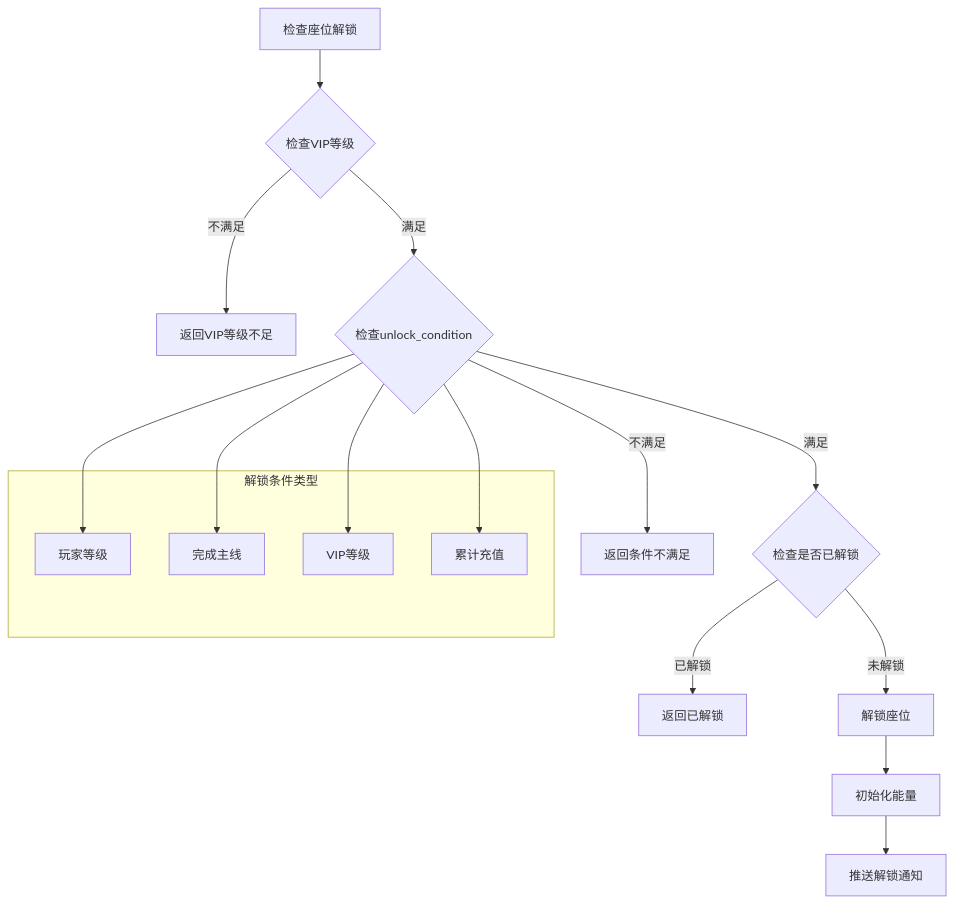
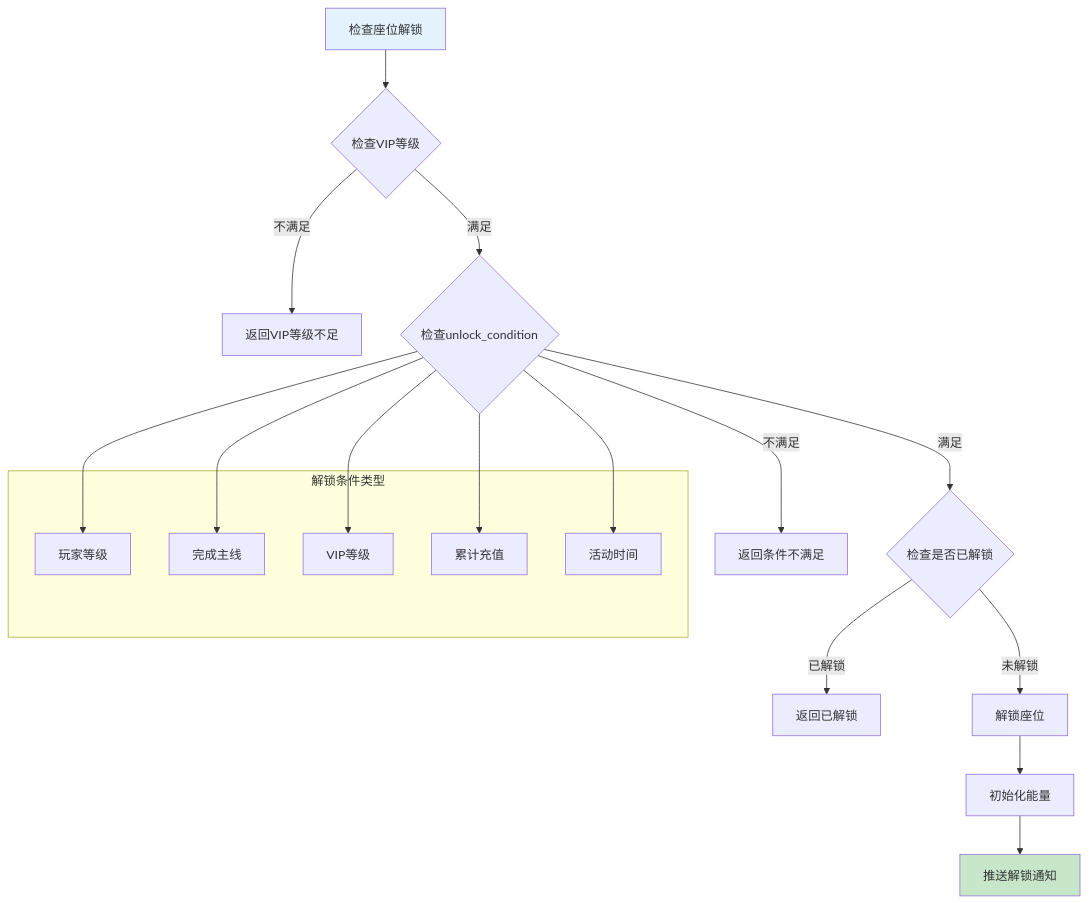
Before and after one commit to Alan-Ben/k2c_game_framework: the tenth of 15 diagrams in docs/Module_Child/01_数据配表.md, drawn with Mermaid. The commit also changed other lines of this file and 7 other files, not shown here.

````diff
--- a/docs/Module_Child/01_数据配表.md
+++ b/docs/Module_Child/01_数据配表.md
@@ -575,24 +936,29 @@
 ```mermaid
 flowchart TD
     A[检查座位解锁] --> B{检查VIP等级}
     B -->|不满足| C[返回VIP等级不足]
     B -->|满足| D{检查unlock_condition}
     D -->|不满足| E[返回条件不满足]
     D -->|满足| F{检查是否已解锁}
     F -->|已解锁| G[返回已解锁]
     F -->|未解锁| H[解锁座位]
     H --> I[初始化能量]
     I --> J[推送解锁通知]
 
     subgraph 解锁条件类型
         K[玩家等级]
         L[完成主线]
         M[VIP等级]
         N[累计充值]
+        O[活动时间]
     end
 
     D --> K
     D --> L
     D --> M
     D --> N
+    D --> O
+
+    style A fill:#e3f2fd
+    style J fill:#c8e6c9
 ```
````
